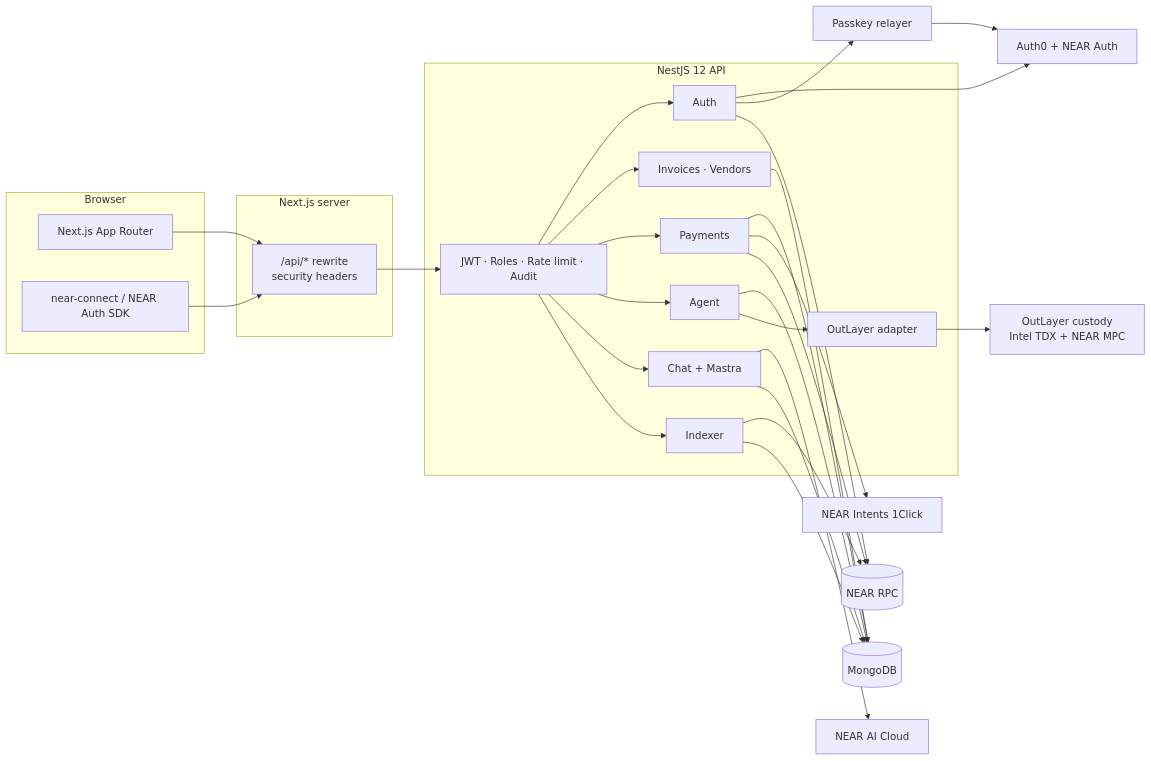
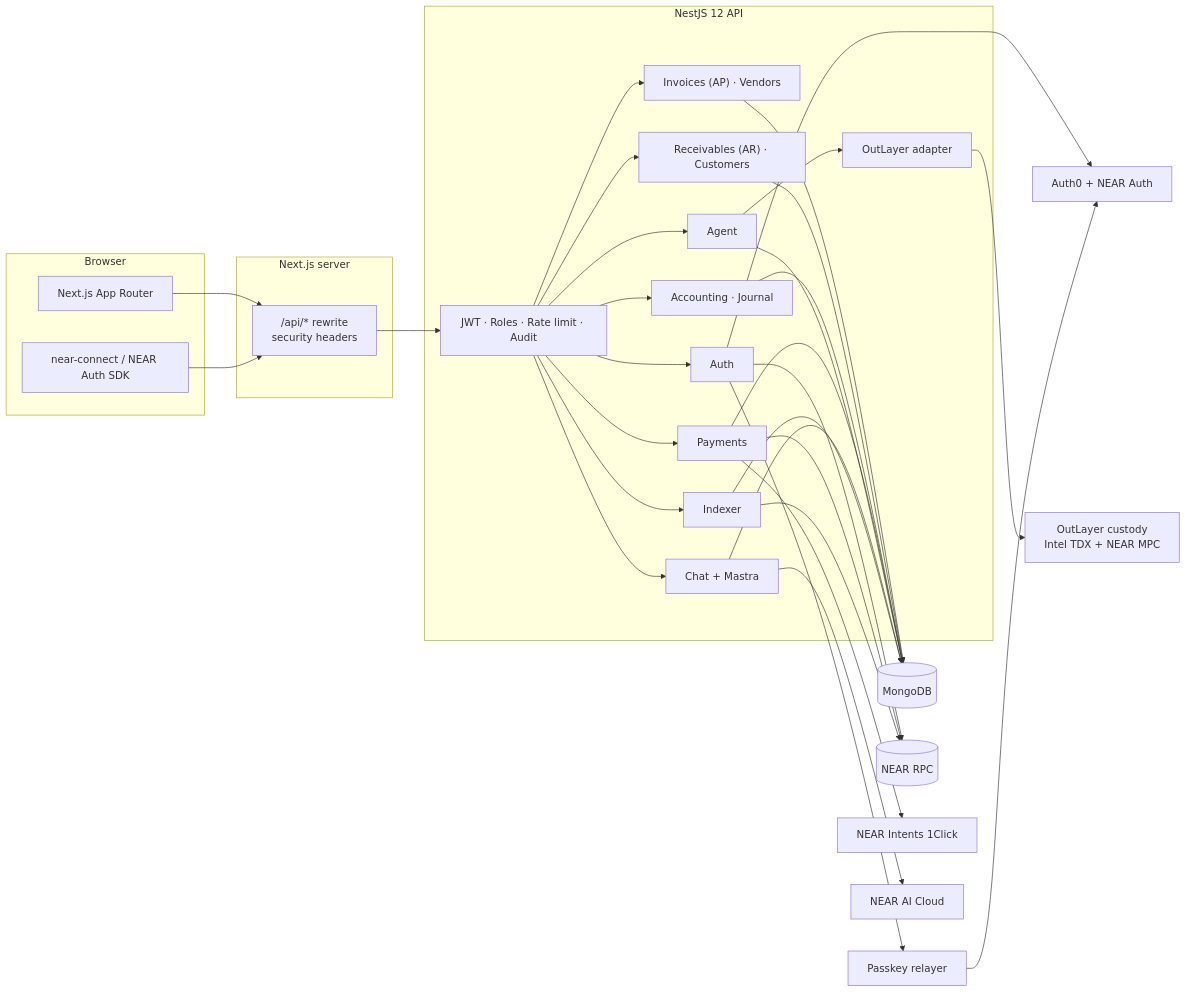
Before and after one commit to cryingraven/keiz-platform: the first of 15 diagrams in docs/architecture.md, drawn with Mermaid. The commit also changed other lines of this file and 64 other files, not shown here.

````diff
--- a/docs/architecture.md
+++ b/docs/architecture.md
@@ -15,60 +15,66 @@
 ```mermaid
 flowchart LR
   subgraph Client["Browser"]
     UI["Next.js App Router"]
     WalletUI["near-connect / NEAR Auth SDK"]
   end
 
   subgraph Edge["Next.js server"]
     Proxy["/api/* rewrite<br/>security headers"]
   end
 
   subgraph API["NestJS 12 API"]
     Guards["JWT · Roles · Rate limit · Audit"]
     AuthMod["Auth"]
-    Ops["Invoices · Vendors"]
+    Ops["Invoices (AP) · Vendors"]
+    ARMod["Receivables (AR) · Customers"]
+    AccMod["Accounting · Journal"]
     PayMod["Payments"]
     AgentMod["Agent"]
     OutMod["OutLayer adapter"]
     ChatMod["Chat + Mastra"]
     Idx["Indexer"]
   end
 
   DB[("MongoDB")]
   RPC[("NEAR RPC")]
   OneClick["NEAR Intents 1Click"]
   OutLayer["OutLayer custody<br/>Intel TDX + NEAR MPC"]
   NEARAI["NEAR AI Cloud"]
   Auth0["Auth0 + NEAR Auth"]
   Relayer["Passkey relayer"]
 
   UI --> Proxy
   WalletUI --> Proxy
   Proxy --> Guards
   Guards --> AuthMod
   Guards --> Ops
+  Guards --> ARMod
+  Guards --> AccMod
   Guards --> PayMod
   Guards --> AgentMod
   Guards --> ChatMod
   Guards --> Idx
 
   AuthMod --> Auth0
   AuthMod --> Relayer
   Relayer --> Auth0
   AuthMod --> RPC
 
   Ops --> DB
+  ARMod --> DB
+  AccMod --> DB
   PayMod --> DB
   PayMod --> OneClick
   PayMod --> RPC
 
   AgentMod --> DB
   AgentMod --> OutMod
   OutMod --> OutLayer
 
   ChatMod --> NEARAI
   ChatMod --> DB
 
   Idx --> RPC
   Idx --> DB
 ```
````
